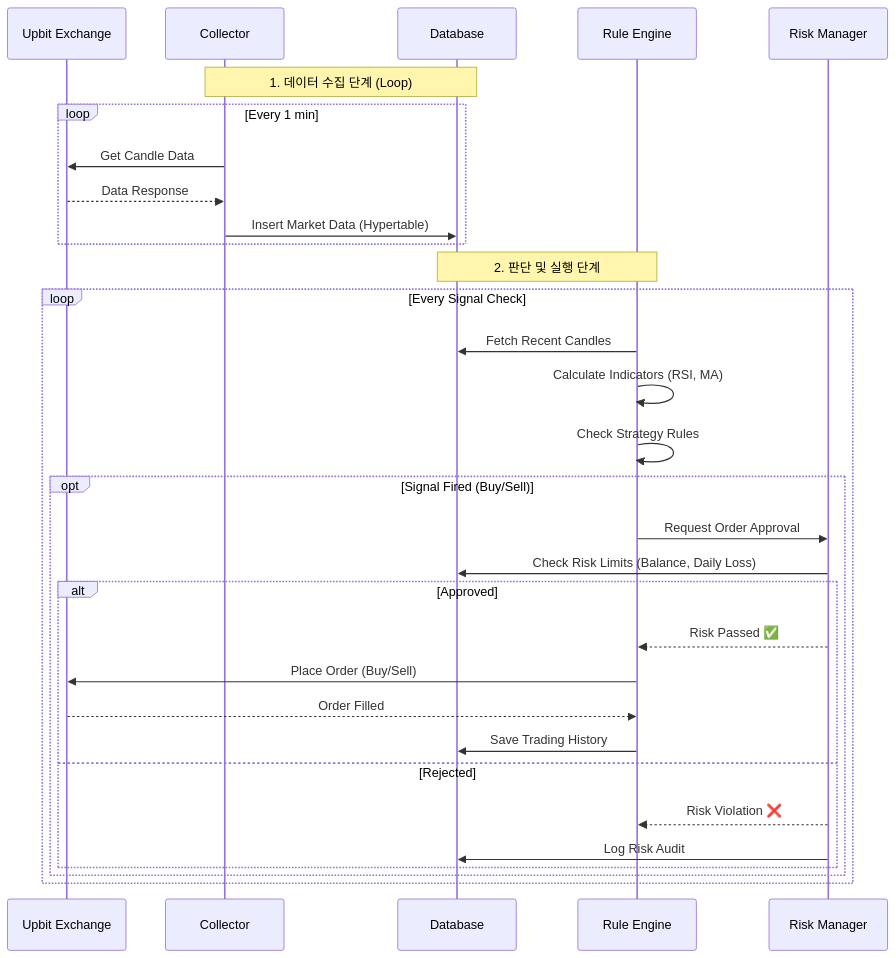
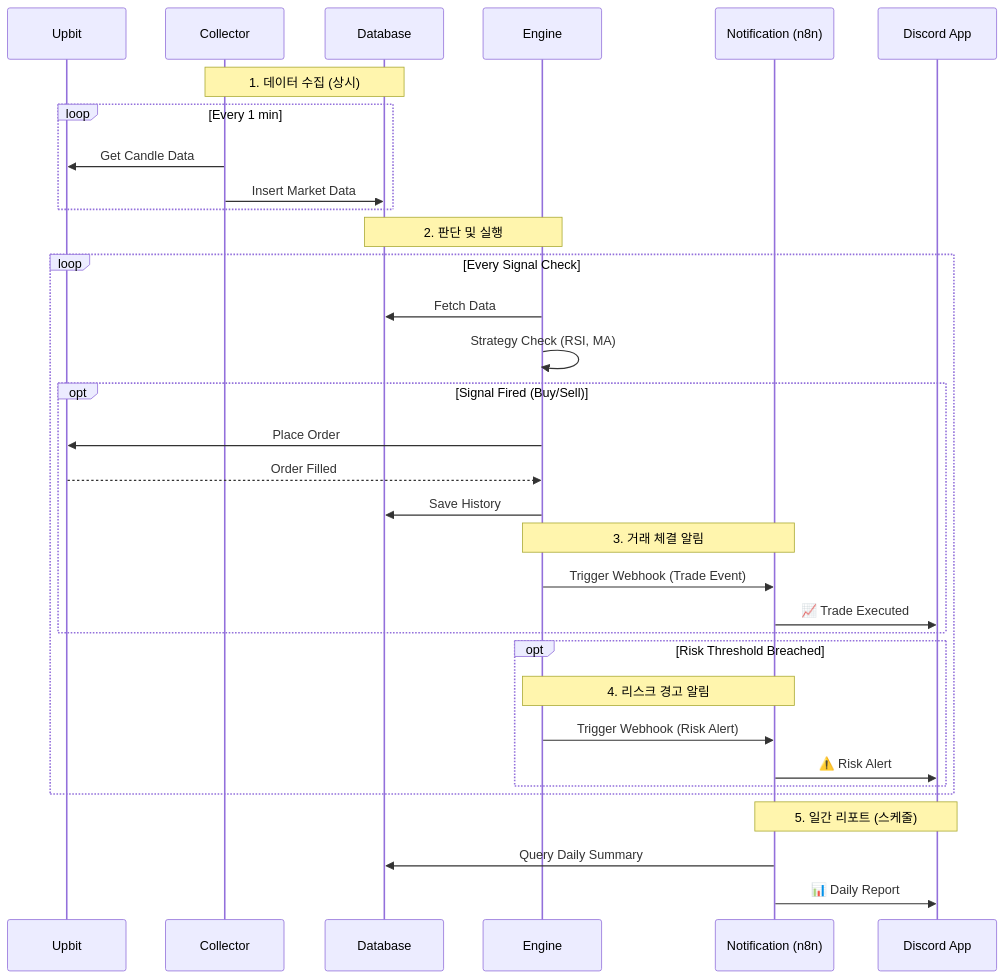
One commit to Uchan99/coin-pilot changed the second of 4 diagrams in docs/architecture/system_overview.md. Above: the diagram before and after it, drawn with Mermaid. The commit also changed other lines of this file and 3 other files, not shown here.

````diff
--- a/docs/architecture/system_overview.md
+++ b/docs/architecture/system_overview.md
@@ -66,37 +80,41 @@
 ```mermaid
 sequenceDiagram
-    participant U as Upbit Exchange
+    participant U as Upbit
     participant C as Collector
     participant D as Database
-    participant E as Rule Engine
-    participant R as Risk Manager
-    
-    Note over C, D: 1. 데이터 수집 단계 (Loop)
+    participant E as Engine
+    participant N as Notification (n8n)
+    participant DC as Discord App
+
+    Note over C, D: 1. 데이터 수집 (상시)
     Loop Every 1 min
         C->>U: Get Candle Data
-        U-->>C: Data Response
-        C->>D: Insert Market Data (Hypertable)
+        C->>D: Insert Market Data
     End
-    
-    Note over E, D: 2. 판단 및 실행 단계
+
+    Note over E, D: 2. 판단 및 실행
     Loop Every Signal Check
-        E->>D: Fetch Recent Candles
-        E->>E: Calculate Indicators (RSI, MA)
-        E->>E: Check Strategy Rules
-        
+        E->>D: Fetch Data
+        E->>E: Strategy Check (RSI, MA)
+
         opt Signal Fired (Buy/Sell)
-            E->>R: Request Order Approval
-            R->>D: Check Risk Limits (Balance, Daily Loss)
-            
-            alt Approved
-                R-->>E: Risk Passed ✅
-                E->>U: Place Order (Buy/Sell)
-                U-->>E: Order Filled
-                E->>D: Save Trading History
-            else Rejected
-                R-->>E: Risk Violation ❌
-                R->>D: Log Risk Audit
-            end
+            E->>U: Place Order
+            U-->>E: Order Filled
+            E->>D: Save History
+
+            Note over E, N: 3. 거래 체결 알림
+            E->>N: Trigger Webhook (Trade Event)
+            N->>DC: 📈 Trade Executed
+        end
+
+        opt Risk Threshold Breached
+            Note over E, N: 4. 리스크 경고 알림
+            E->>N: Trigger Webhook (Risk Alert)
+            N->>DC: ⚠️ Risk Alert
         end
     End
+
+    Note over N, DC: 5. 일간 리포트 (스케줄)
+    N->>D: Query Daily Summary
+    N->>DC: 📊 Daily Report
 ```
````
